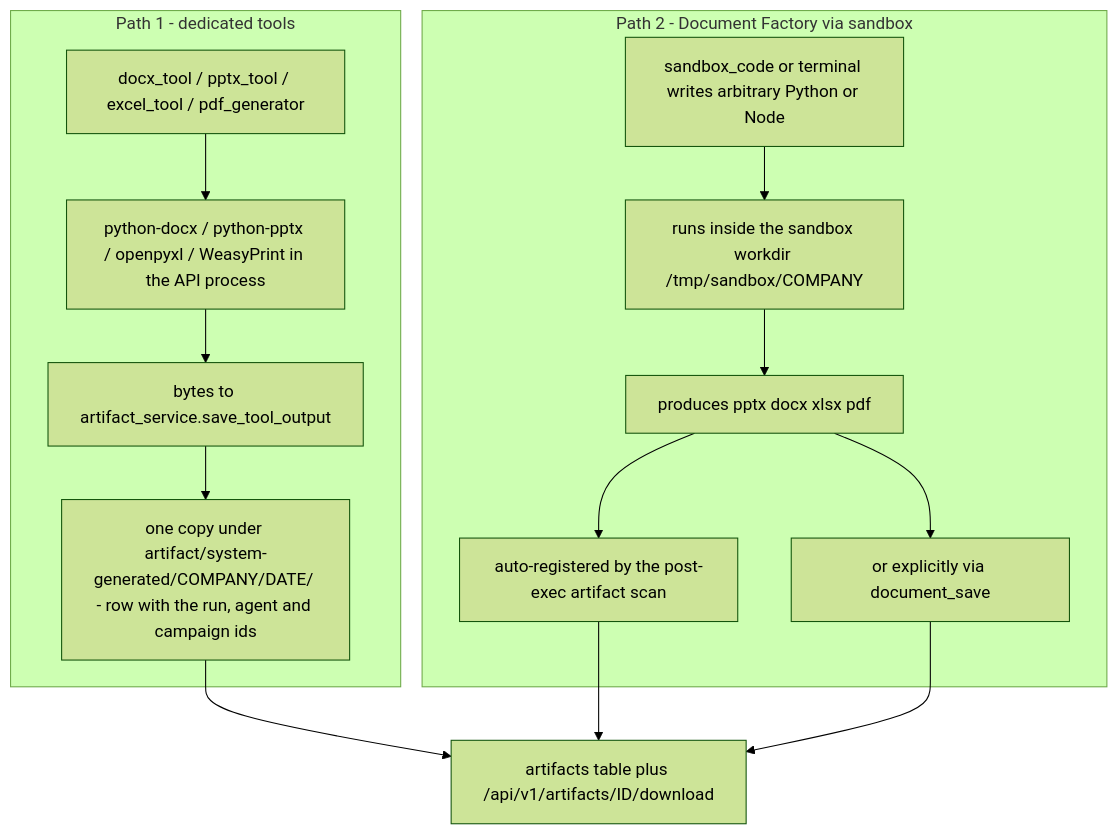
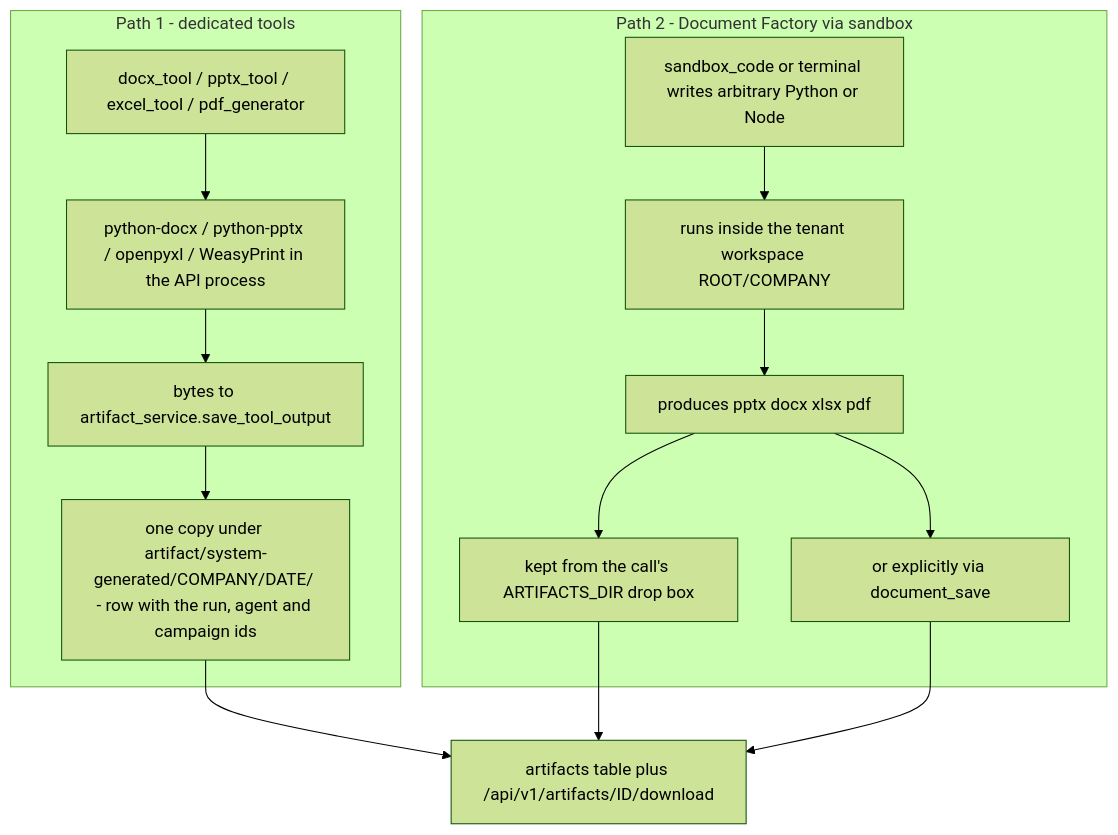
One commit to gondolerahul/hire-buddha-app changed the eighth of 23 diagrams in docs/current/09-tools.md. Above: the diagram before and after it, drawn with Mermaid (forest theme). The commit also changed other lines of this file and 7 other files, not shown here.

First line of the commit message:
fix(sandbox): a file is an artifact because code put it in $ARTIFACTS_DIR (TL-36)

````diff
--- a/docs/current/09-tools.md
+++ b/docs/current/09-tools.md
@@ -706,17 +706,17 @@
 ```mermaid
 flowchart TD
     subgraph P1["Path 1 - dedicated tools"]
         A1["docx_tool / pptx_tool / excel_tool / pdf_generator"] --> A2["python-docx / python-pptx / openpyxl / WeasyPrint in the API process"]
         A2 --> A3["bytes to artifact_service.save_tool_output"]
         A3 --> A4["one copy under artifact/system-generated/COMPANY/DATE/ - row with the run, agent and campaign ids"]
     end
     subgraph P2["Path 2 - Document Factory via sandbox"]
-        B1["sandbox_code or terminal writes arbitrary Python or Node"] --> B2["runs inside the sandbox workdir /tmp/sandbox/COMPANY"]
+        B1["sandbox_code or terminal writes arbitrary Python or Node"] --> B2["runs inside the tenant workspace ROOT/COMPANY"]
         B2 --> B3["produces pptx docx xlsx pdf"]
-        B3 --> B4a["auto-registered by the post-exec artifact scan"]
+        B3 --> B4a["kept from the call's ARTIFACTS_DIR drop box"]
         B3 --> B4b["or explicitly via document_save"]
     end
     A4 --> D["artifacts table plus /api/v1/artifacts/ID/download"]
     B4a --> D
     B4b --> D
 ```
````
